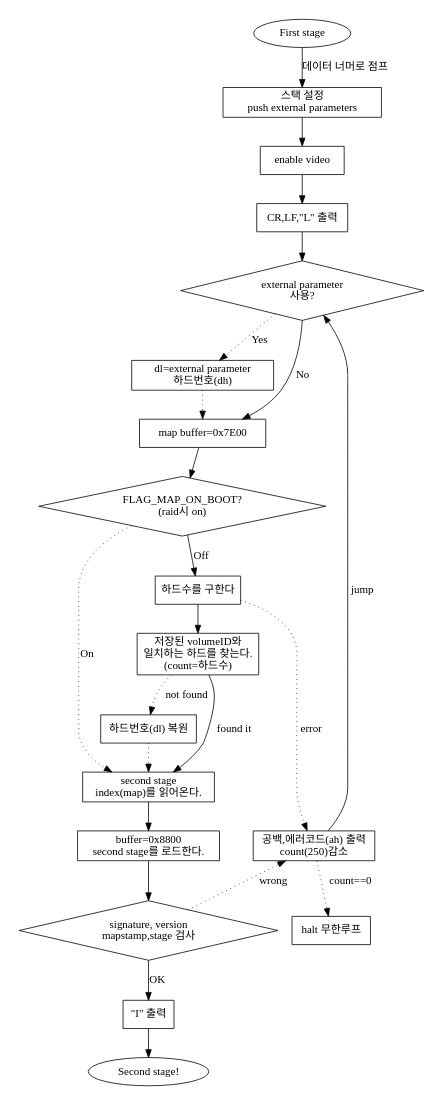
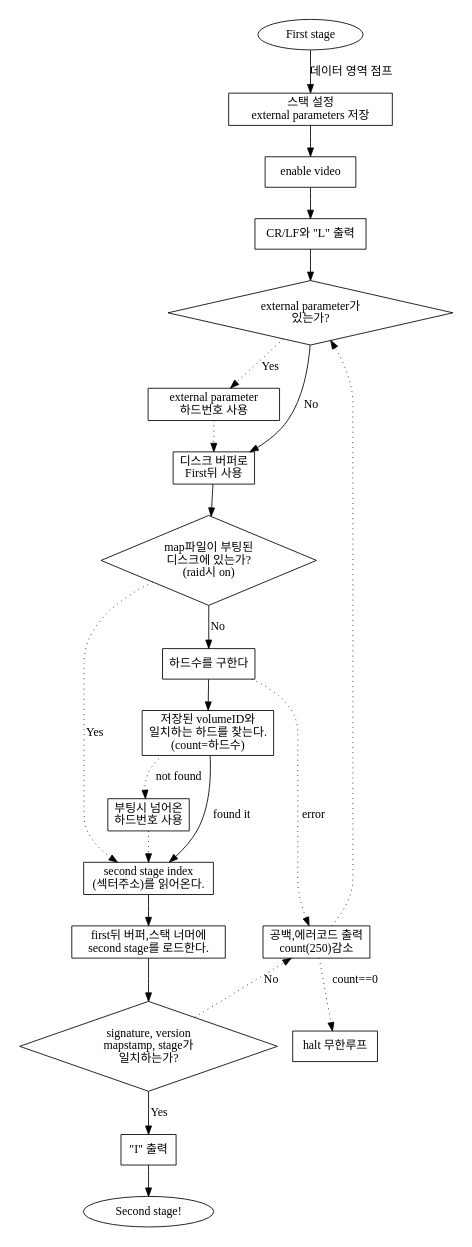
The diagram in STUDY/first.dot (x86-8/lilo232), drawn with Graphviz before and after one commit. The commit also changed 7 other files, not shown here.

```diff
--- a/STUDY/first.dot
+++ b/STUDY/first.dot
@@ -1,45 +1,45 @@
 digraph first {
-size="7,7";
+size="6,8";
 _main [shape=ellipse,label="First stage"];
 node [shape=box];
-_main->start [label="데이터 너머로 점프"];
-start [label="스택 설정\npush external parameters"]; // 스택=0x7c0:2048
+_main->start [label="데이터 영역 점프"];
+start [label="스택 설정\nexternal parameters 저장"]; // 스택=0x7c0:2048
 start->video_on;
 video_on [label="enable video"];
 video_on->prtL; 
-prtL [label="CR,LF,\"L\" 출력"];
+prtL [label="CR/LF와 \"L\" 출력"];
 prtL->lagain;
-lagain [shape=diamond,label="external parameter\n사용?"];
+lagain [shape=diamond,label="external parameter가\n있는가?"];
 lagain->boot_in_dl [label="No"];
 lagain->yes_extp [label="Yes",style=dotted];
-yes_extp [label="dl=external parameter\n하드번호(dh)"];
+yes_extp [label="external parameter\n하드번호 사용"];
 yes_extp->boot_in_dl [style=dotted];
-boot_in_dl [label="map buffer=0x7E00"];
+boot_in_dl [label="디스크 버퍼로\nFirst뒤 사용"]; // MBR을 읽거나 index sector를 읽는다.
 boot_in_dl-> map_on_boot;
-map_on_boot [shape=diamond,label="FLAG_MAP_ON_BOOT?\n(raid시 on)"]; //FLAG_MAP_ON_BOOT
-map_on_boot->use_boot [label="On",style=dotted];
-map_on_boot->use_installed [label="Off"];
+map_on_boot [shape=diamond,label="map파일이 부팅된\n디스크에 있는가?\n(raid시 on)"]; //FLAG_MAP_ON_BOOT
+map_on_boot->use_boot [label="Yes",style=dotted];
+map_on_boot->use_installed [label="No"];
 use_installed [label="하드수를 구한다"]
 use_installed->error [label="error",style=dotted];
 use_installed->vagain;
 vagain [label="저장된 volumeID와\n일치하는 하드를 찾는다.\n(count=하드수)"];
 vagain->use_boot [label="found it"];
 vagain->not_found [style=dotted,label="not found"];
-not_found [label="하드번호(dl) 복원"];
+not_found [label="부팅시 넘어온\n하드번호 사용"];
 not_found->use_boot [style=dotted];
-use_boot [label="second stage\nindex(map)를 읽어온다."]
+use_boot [label="second stage index\n(섹터주소)를 읽어온다."]
 use_boot->sload;
-sload [label="buffer=0x8800\nsecond stage를 로드한다."];
+sload [label="first뒤 버퍼,스택 너머에\nsecond stage를 로드한다."];
 sload->chk_sig;
-chk_sig [label="signature, version\nmapstamp,stage 검사",shape=diamond];
-chk_sig->prtI [label="OK"];
-chk_sig->error [label="wrong",style=dotted];
+chk_sig [label="signature, version\nmapstamp, stage가\n일치하는가?",shape=diamond];
+chk_sig->prtI [label="Yes"];
+chk_sig->error [label="No",style=dotted];
 prtI [label="\"I\" 출력"];
 prtI->second
 second [shape=ellipse,label="Second stage!"];
-error[label="공백,에러코드(ah) 출력\ncount(250)감소"];
+error[label="공백,에러코드 출력\ncount(250)감소"];
 {rank=same;sload error}
-error->lagain [label="jump"];
+error->lagain [style=dotted];
 error->zzz [label="count==0",style=dotted];
 zzz [label="halt 무한루프"];
 }
```
